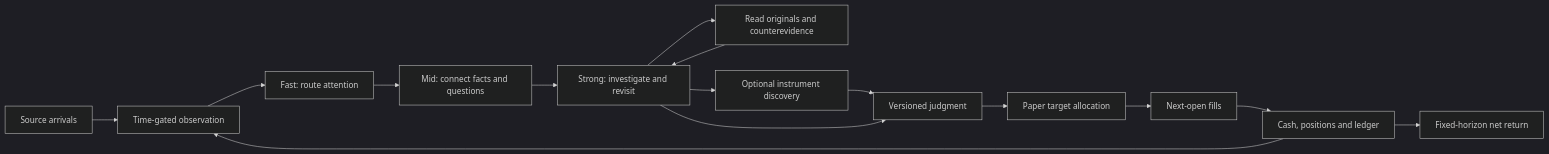
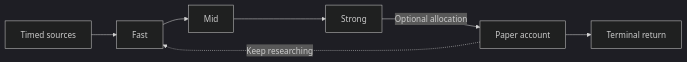
Before and after one commit to ischencheng/Attention-Agent: the diagram in README.md, drawn with Mermaid (dark theme). The commit also changed other lines of this file and 1 other file, not shown here.

````diff
--- a/README.md
+++ b/README.md
@@ -54,17 +42,9 @@
 ```mermaid
 flowchart LR
-    Sources[Source arrivals] --> Obs[Time-gated observation]
-    Obs --> Fast[Fast: route attention]
-    Fast --> Mid[Mid: connect facts and questions]
-    Mid --> Strong[Strong: investigate and revisit]
-    Strong --> Evidence[Read originals and counterevidence]
-    Evidence --> Strong
-    Strong --> Discovery[Optional instrument discovery]
-    Discovery --> Judgment[Versioned judgment]
-    Strong --> Judgment
-    Judgment --> Allocation[Paper target allocation]
-    Allocation --> Fills[Next-open fills]
-    Fills --> Account[Cash, positions and ledger]
-    Account --> Obs
-    Account --> Reward[Fixed-horizon net return]
+    Sources[Timed sources] --> Fast[Fast]
+    Fast --> Mid[Mid]
+    Mid --> Strong[Strong]
+    Strong -->|Optional allocation| Account[Paper account]
+    Account --> Reward[Terminal return]
+    Account -.->|Keep researching| Fast
 ```
````
